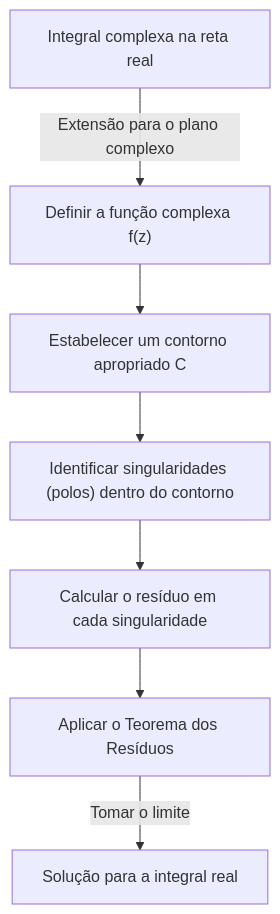
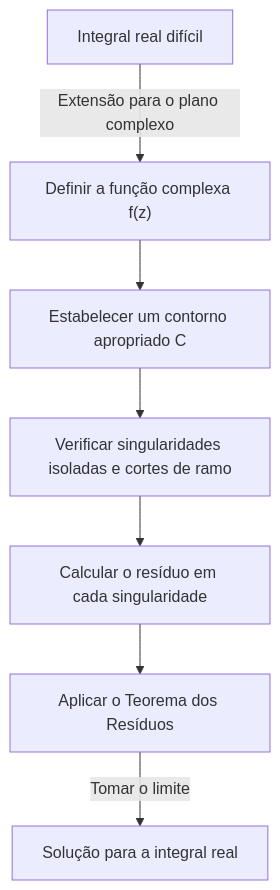
One commit to kenjinote/blog changed the first of 3 diagrams in content/post/residue-theorem/index.pt.md. Above: the diagram before and after it, drawn with Mermaid. The commit also changed other lines of this file and 8 other files, not shown here.

````diff
--- a/content/post/residue-theorem/index.pt.md
+++ b/content/post/residue-theorem/index.pt.md
@@ -33,9 +34,9 @@
 ```mermaid
 flowchart TD
-    A["Integral complexa na reta real"] -->|"Extensão para o plano complexo"| B["Definir a função complexa f(z)"]
+    A["Integral real difícil"] -->|"Extensão para o plano complexo"| B["Definir a função complexa f(z)"]
     B --> C["Estabelecer um contorno apropriado C"]
-    C --> D["Identificar singularidades (polos) dentro do contorno"]
+    C --> D["Verificar singularidades isoladas e cortes de ramo"]
     D --> E["Calcular o resíduo em cada singularidade"]
     E --> F["Aplicar o Teorema dos Resíduos"]
     F -->|"Tomar o limite"| G["Solução para a integral real"]
 ```
````
